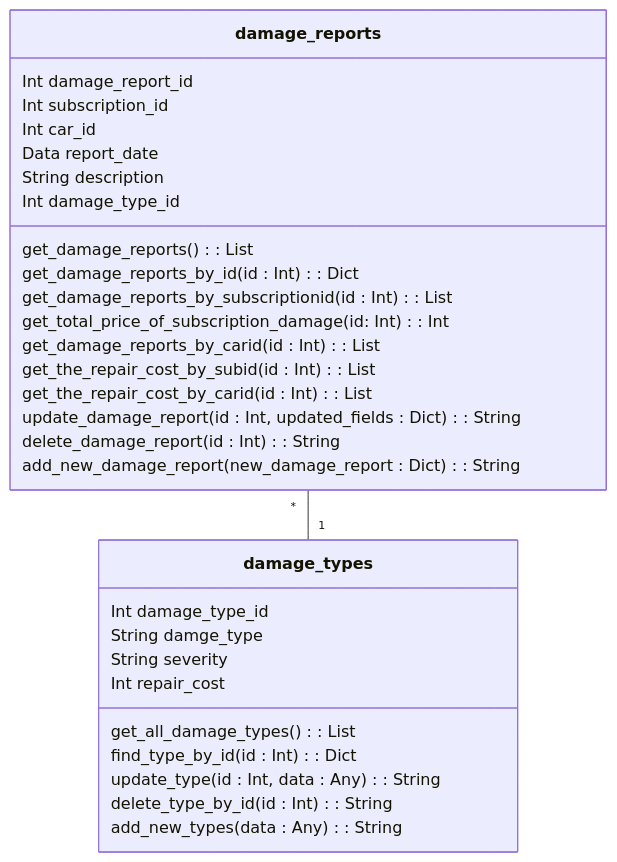
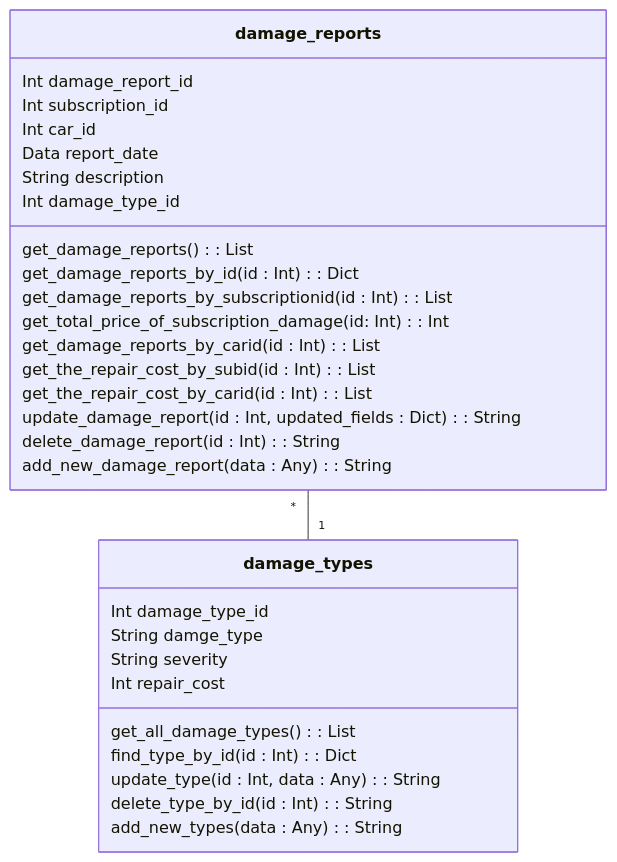
One commit to Bilabonnement-eksamensopgave-2024/skade-microservice changed the diagram in README.md. Above: the diagram before and after it, drawn with Mermaid.

Commit message:
updated domain model

````diff
--- a/README.md
+++ b/README.md
@@ -84,34 +84,34 @@
 ``` mermaid
 classDiagram
   class damage_reports {
         Int damage_report_id
         Int subscription_id
         Int car_id
         Data report_date
         String description
         Int damage_type_id
         get_damage_reports() : List
         get_damage_reports_by_id(id : Int) : Dict 
         get_damage_reports_by_subscriptionid(id : Int) : List
         get_total_price_of_subscription_damage(id: Int) : Int
         get_damage_reports_by_carid(id : Int) : List
         get_the_repair_cost_by_subid(id : Int) : List
         get_the_repair_cost_by_carid(id : Int) : List
         update_damage_report(id : Int, updated_fields : Dict) : String
         delete_damage_report(id : Int) : String
-        add_new_damage_report(new_damage_report : Dict) : String
+        add_new_damage_report(data : Any) : String
   }
   class damage_types {
         Int damage_type_id
         String damge_type
         String severity
         Int repair_cost
         get_all_damage_types() : List
         find_type_by_id(id : Int) : Dict 
         update_type(id : Int, data : Any) : String
         delete_type_by_id(id : Int) : String
         add_new_types(data : Any) : String
   }
 
    damage_reports "*" -- "1" damage_types
 ```
````
